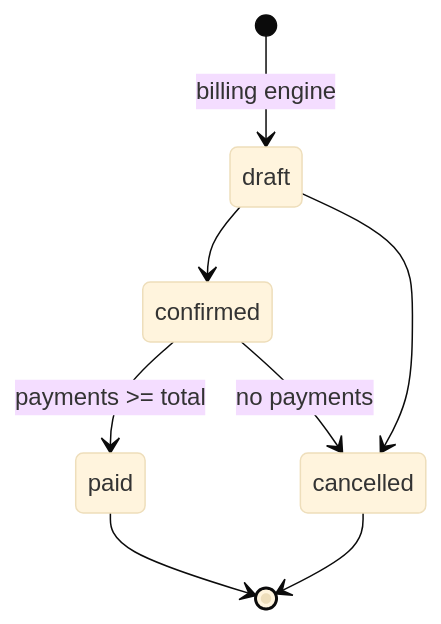
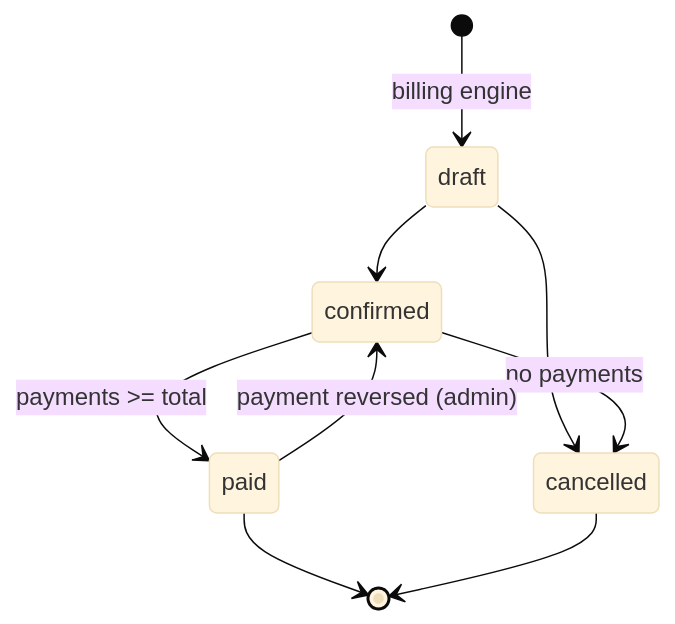
Before and after one commit to mohid3009/odoo-private: the second of 3 diagrams in docs/STATE_MACHINES.md, drawn with Mermaid (base theme). The commit also changed other lines of this file and 31 other files, not shown here.

````diff
--- a/docs/STATE_MACHINES.md
+++ b/docs/STATE_MACHINES.md
@@ -44,10 +45,11 @@
 ```mermaid
 stateDiagram-v2
   [*] --> draft: billing engine
   draft --> confirmed
   draft --> cancelled
   confirmed --> paid: payments >= total
   confirmed --> cancelled: no payments
+  paid --> confirmed: payment reversed (admin)
   paid --> [*]
   cancelled --> [*]
 ```
````
